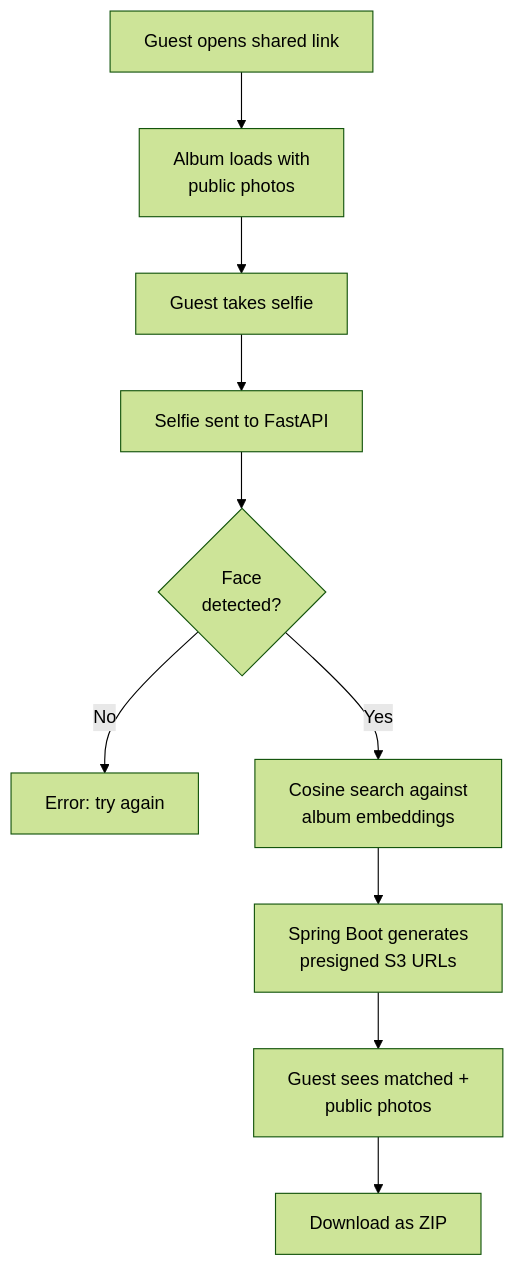
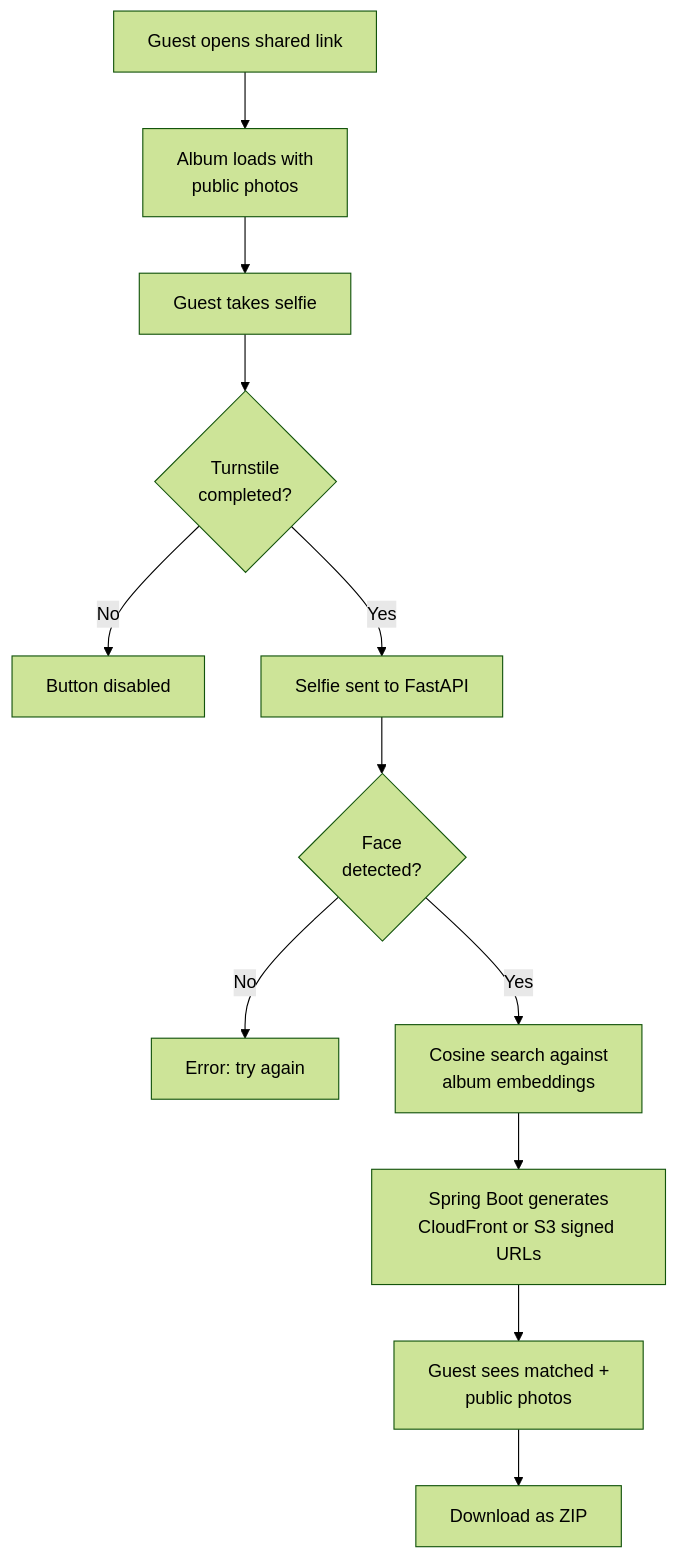
Diagram 12 of 14 in README.md (Shahir-47/grab-pic), drawn with Mermaid (forest theme) before and after one commit. The commit also changed other lines of this file and 2 other files, not shown here.

````diff
--- a/README.md
+++ b/README.md
@@ -549,12 +602,14 @@
 ```mermaid
 flowchart TD
     A["Guest opens shared link"] --> B["Album loads with<br>public photos"]
     B --> C["Guest takes selfie"]
-    C --> D["Selfie sent to FastAPI"]
-    D --> E{"Face<br>detected?"}
+    C --> D{"Turnstile<br>completed?"}
+    D -->|"No"| D3["Button disabled"]
+    D -->|"Yes"| E2["Selfie sent to FastAPI"]
+    E2 --> E{"Face<br>detected?"}
     E -->|"No"| F["Error: try again"]
     E -->|"Yes"| G["Cosine search against<br>album embeddings"]
-    G --> H["Spring Boot generates<br>presigned S3 URLs"]
+    G --> H["Spring Boot generates<br>CloudFront or S3 signed URLs"]
     H --> I["Guest sees matched +<br>public photos"]
     I --> J["Download as ZIP"]
 ```
````
